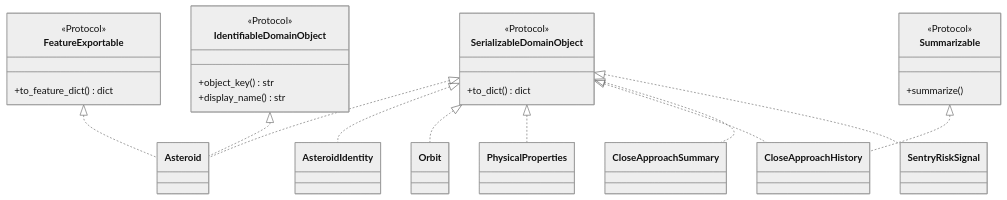
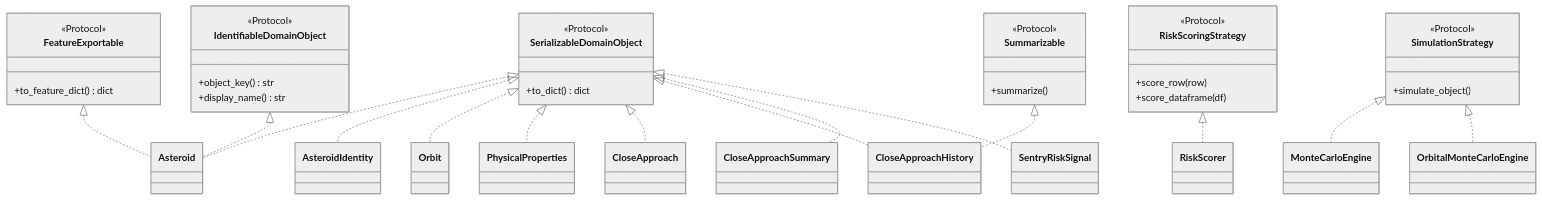
The diagram in docs/diagrams/class_diagram_domain_contracts.mmd (LiamSalazar/NEO-Angele-Risk-Lab), drawn with Mermaid (neutral theme) before and after one commit. The commit also changed 39 other files, not shown here.

```diff
--- a/docs/diagrams/class_diagram_domain_contracts.mmd
+++ b/docs/diagrams/class_diagram_domain_contracts.mmd
@@ -1,36 +1,53 @@
 classDiagram
     class SerializableDomainObject {
         <<Protocol>>
         +to_dict() dict
     }
     class FeatureExportable {
         <<Protocol>>
         +to_feature_dict() dict
     }
     class IdentifiableDomainObject {
         <<Protocol>>
         +object_key() str
         +display_name() str
     }
     class Summarizable {
         <<Protocol>>
         +summarize()
     }
+    class RiskScoringStrategy {
+        <<Protocol>>
+        +score_row(row)
+        +score_dataframe(df)
+    }
+    class SimulationStrategy {
+        <<Protocol>>
+        +simulate_object()
+    }
     class Asteroid
     class AsteroidIdentity
     class Orbit
     class PhysicalProperties
+    class CloseApproach
     class CloseApproachHistory
     class CloseApproachSummary
     class SentryRiskSignal
+    class RiskScorer
+    class MonteCarloEngine
+    class OrbitalMonteCarloEngine
 
     SerializableDomainObject <|.. Asteroid
     FeatureExportable <|.. Asteroid
     IdentifiableDomainObject <|.. Asteroid
     SerializableDomainObject <|.. AsteroidIdentity
     SerializableDomainObject <|.. Orbit
     SerializableDomainObject <|.. PhysicalProperties
+    SerializableDomainObject <|.. CloseApproach
     SerializableDomainObject <|.. CloseApproachHistory
     Summarizable <|.. CloseApproachHistory
     SerializableDomainObject <|.. CloseApproachSummary
     SerializableDomainObject <|.. SentryRiskSignal
+    RiskScoringStrategy <|.. RiskScorer
+    SimulationStrategy <|.. MonteCarloEngine
+    SimulationStrategy <|.. OrbitalMonteCarloEngine
```
